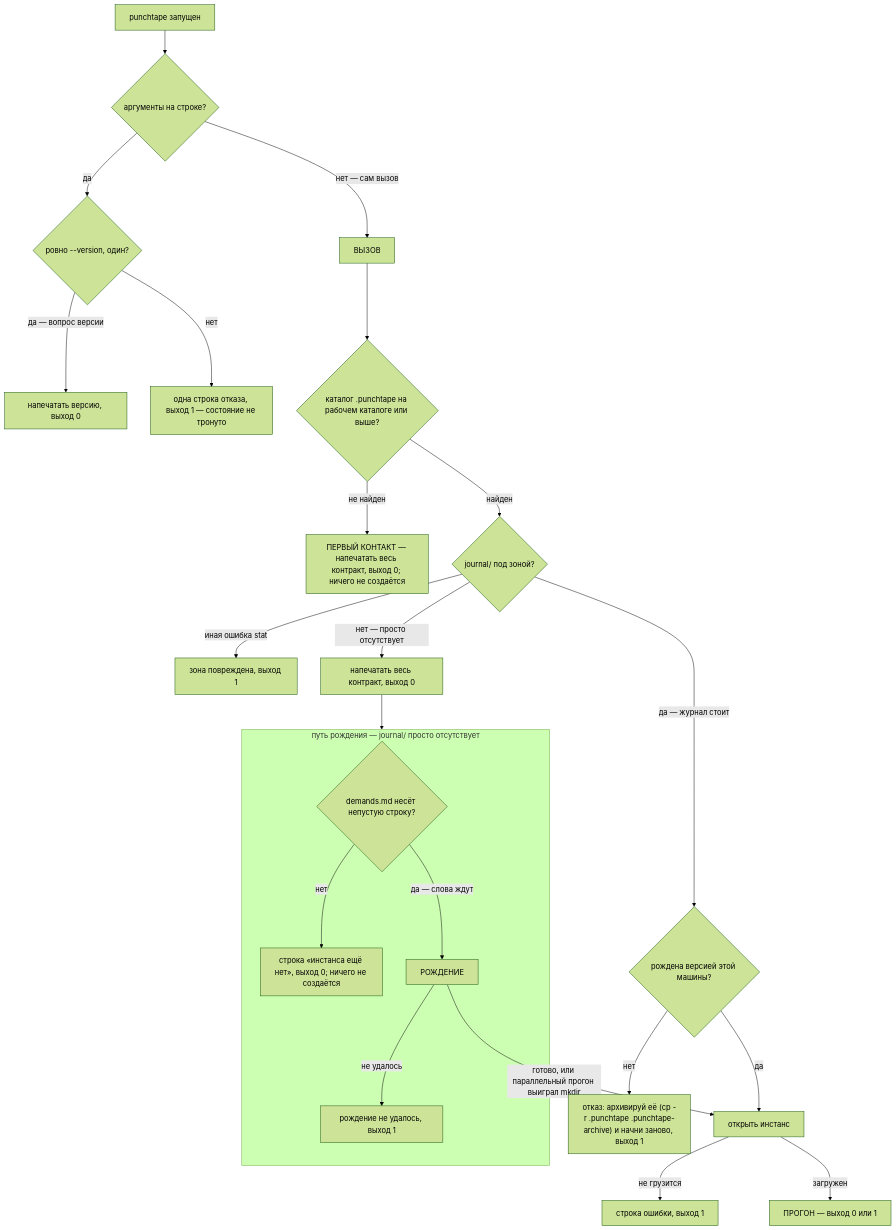
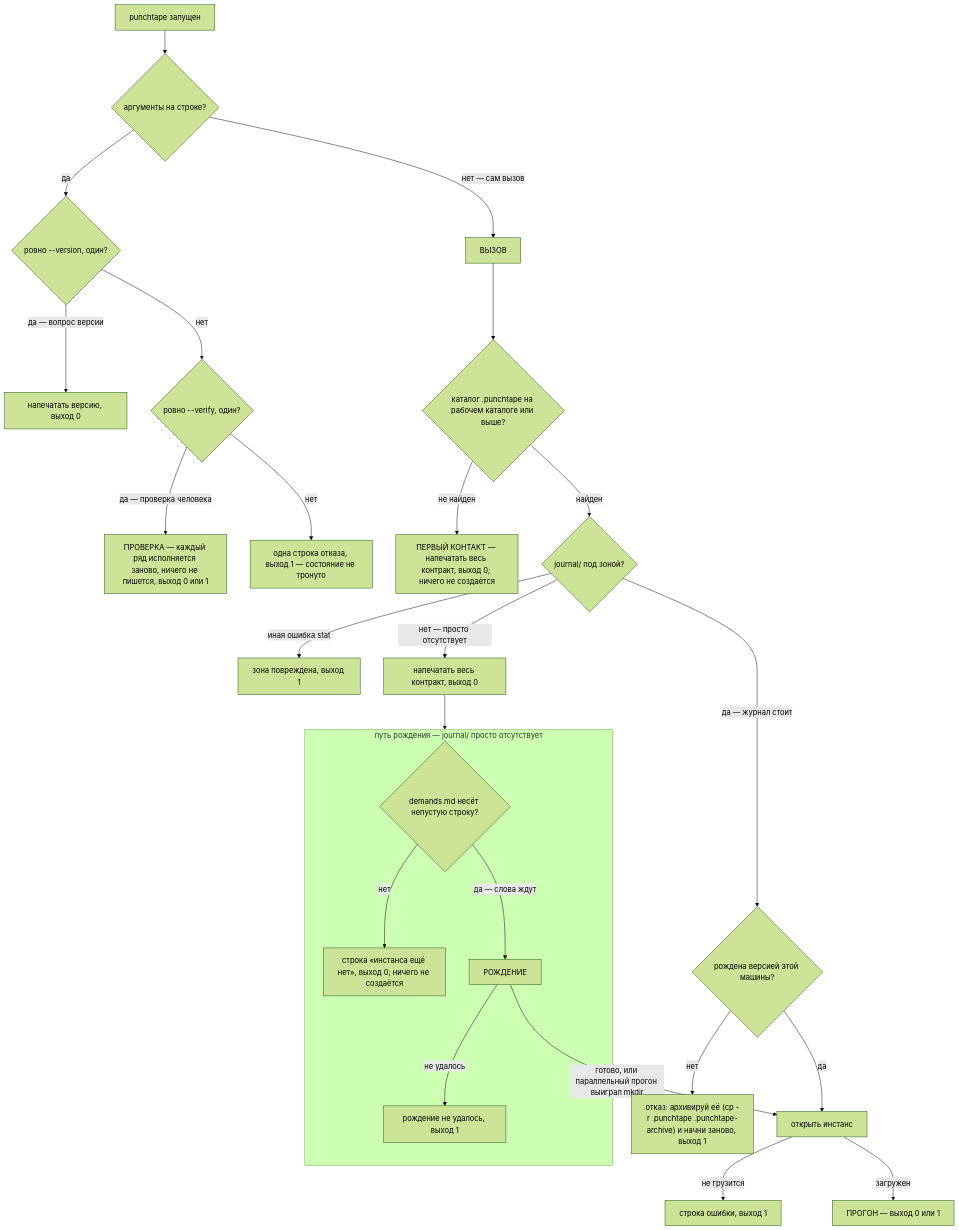
One commit to neurophant/punchtape changed the first of 9 diagrams in docs/ARCHITECTURE.ru.md. Above: the diagram before and after it, drawn with Mermaid (forest theme). The commit also changed other lines of this file and 160 other files, not shown here.

````diff
--- a/docs/ARCHITECTURE.ru.md
+++ b/docs/ARCHITECTURE.ru.md
@@ -131,26 +140,28 @@
 ```mermaid
 flowchart TD
     L["punchtape запущен"] --> ARGS{"аргументы на строке?"}
     ARGS -- "да" --> VER{"ровно --version, один?"}
     VER -- "да — вопрос версии" --> VOUT["напечатать версию, выход 0"]
-    VER -- "нет" --> REF["одна строка отказа, выход 1 — состояние не тронуто"]
+    VER -- "нет" --> VFY{"ровно --verify, один?"}
+    VFY -- "да — проверка человека" --> THEV["ПРОВЕРКА — каждый ряд исполняется заново, ничего не пишется, выход 0 или 1"]
+    VFY -- "нет" --> REF["одна строка отказа, выход 1 — состояние не тронуто"]
     ARGS -- "нет — сам вызов" --> CALL["ВЫЗОВ"]
     CALL --> ZONE{"каталог .punchtape на рабочем каталоге или выше?"}
     ZONE -- "не найден" --> FIRST["ПЕРВЫЙ КОНТАКТ — напечатать весь контракт, выход 0; ничего не создаётся"]
     ZONE -- "найден" --> JD{"journal/ под зоной?"}
     JD -- "иная ошибка stat" --> DAM["зона повреждена, выход 1"]
     JD -- "да — журнал стоит" --> VERG{"рождена версией этой машины?"}
     VERG -- "нет" --> FOR["отказ: архивируй её (cp -r .punchtape .punchtape-archive) и начни заново, выход 1"]
     VERG -- "да" --> OPEN["открыть инстанс"]
     subgraph BIRTHPATH["путь рождения — journal/ просто отсутствует"]
       WORDS{"demands.md несёт непустую строку?"}
       WORDS -- "нет" --> SLOT["строка «инстанса ещё нет», выход 0; ничего не создаётся"]
       WORDS -- "да — слова ждут" --> BIRTH["РОЖДЕНИЕ"]
       BIRTH -- "не удалось" --> BFAIL["рождение не удалось, выход 1"]
     end
     JD -- "нет — просто отсутствует" --> CONTRACT["напечатать весь контракт, выход 0"]
     CONTRACT --> BIRTHPATH
     BIRTH -- "готово, или параллельный прогон выиграл mkdir" --> OPEN
     OPEN -- "не грузится" --> OERR["строка ошибки, выход 1"]
     OPEN -- "загружен" --> RUN["ПРОГОН — выход 0 или 1"]
 ```
````
